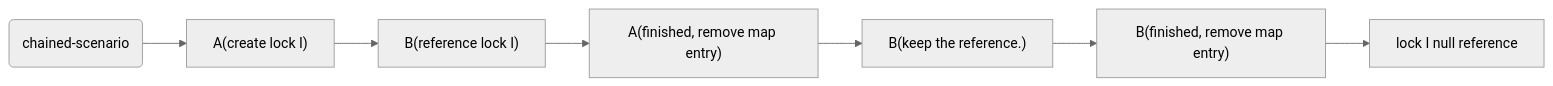
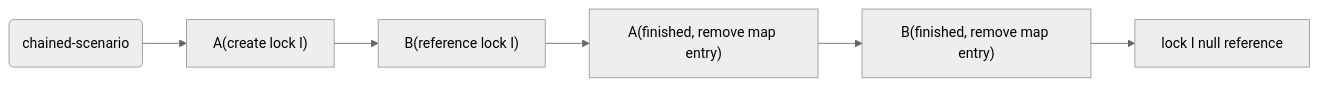
One commit to internetms52/dev-notes changed the diagram in reference-chain-lock-pattern/README.md. Above: the diagram before and after it, drawn with Mermaid (neutral theme).

Commit message:
update
update

````diff
--- a/reference-chain-lock-pattern/README.md
+++ b/reference-chain-lock-pattern/README.md
@@ -8,9 +8,8 @@
 ```mermaid
 flowchart LR
   root(chained-scenario)-->A["A(create lock I)"]
   A-->B["B(reference lock I)"]
   B-->C["A(finished, remove map entry)"]
-  C-->D["B(keep the reference.)"]
-  D-->E["B(finished, remove map entry)"]
-  E-->F["lock I null reference"]
+  C-->D["B(finished, remove map entry)"]
+  D-->E["lock I null reference"]
 ```
````
